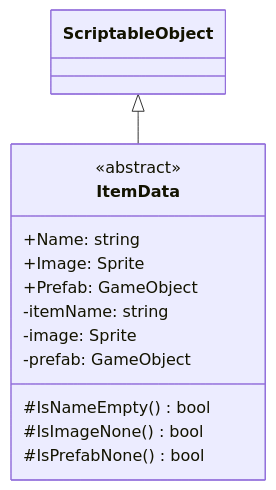
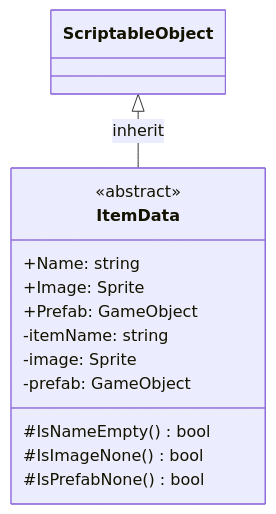
The diagram in docs/기능명세서/아이템/ItemData.md (10-team-project/docs), drawn with Mermaid before and after one commit. The commit also changed other lines of this file and 2 other files, not shown here.

Commit message:
Inventory class

````diff
--- a/docs/기능명세서/아이템/ItemData.md
+++ b/docs/기능명세서/아이템/ItemData.md
@@ -24,18 +24,18 @@
 ```mermaid
 classDiagram
 	class ItemData {
 		<<abstract>>
 		+Name: string
 		+Image: Sprite
 		+Prefab: GameObject
 		
 		-itemName: string
 		-image: Sprite
 		-prefab: GameObject	
 
 		#IsNameEmpty() bool
 		#IsImageNone() bool
 		#IsPrefabNone() bool
 	}
-	ScriptableObject<|-- ItemData
+	ScriptableObject<|-- ItemData: inherit
 ```
````
